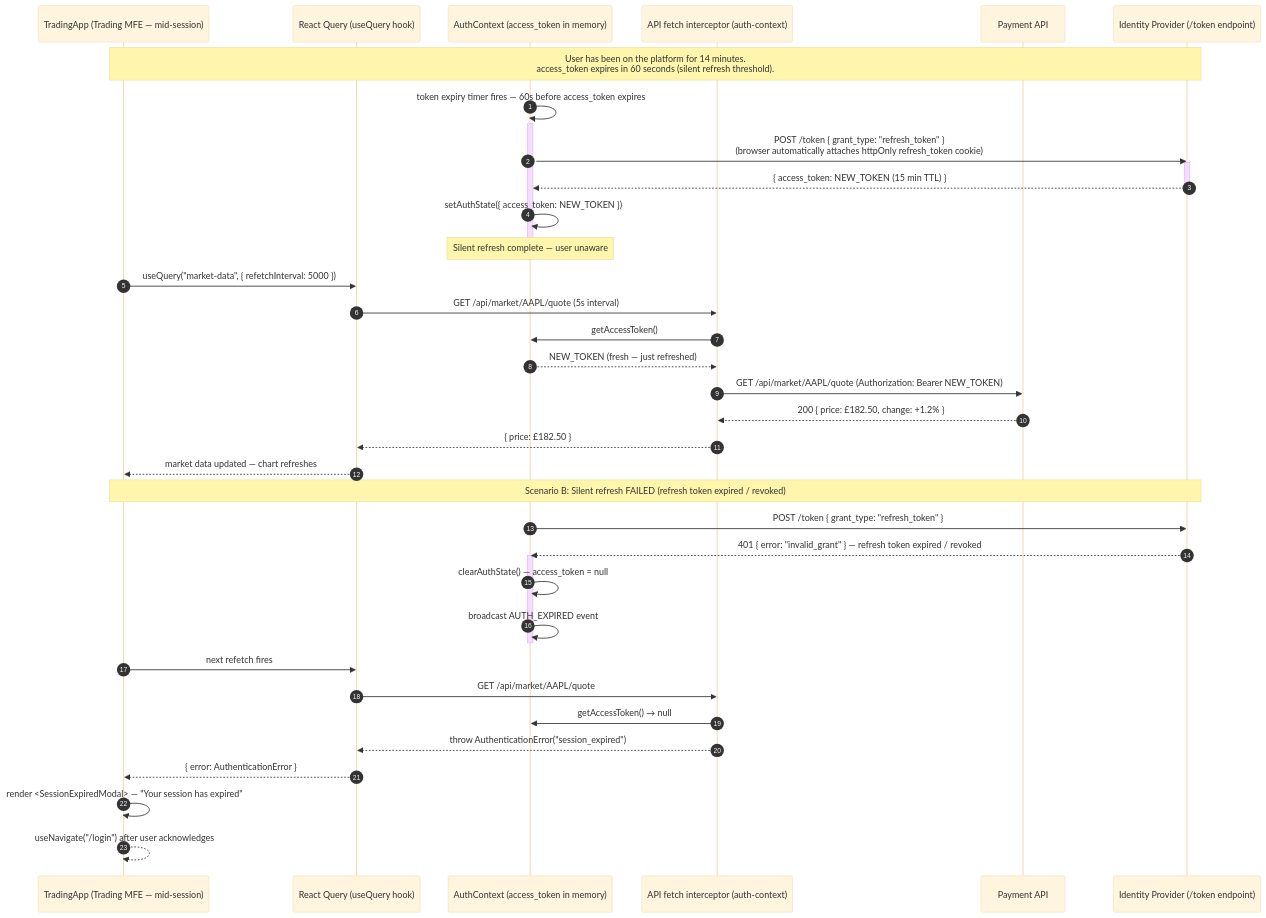
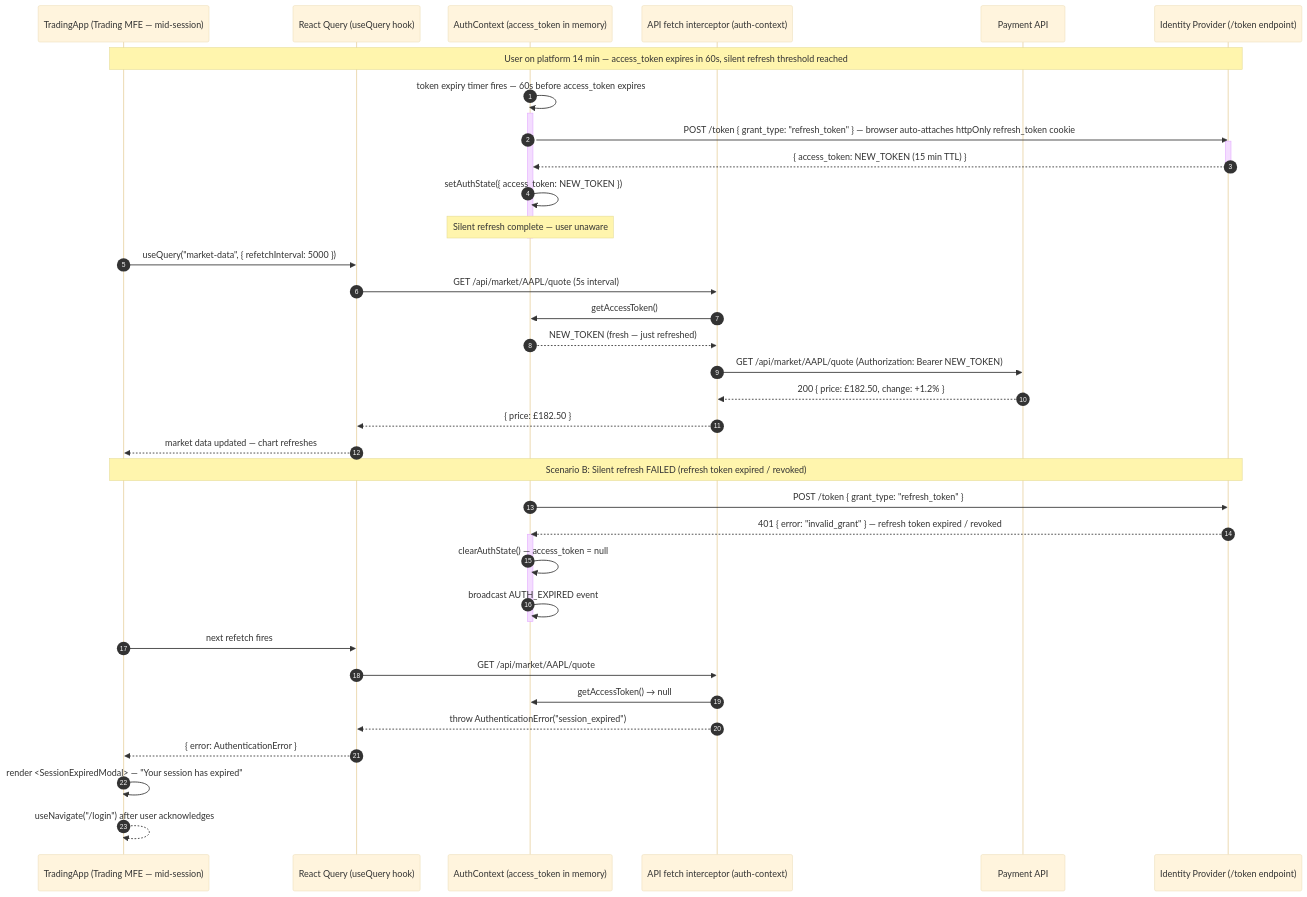
Before and after one commit to calvinlee999/Micro-Frontend-Architecture-and-UI-Component-Libraries-with-React: the ninth of 18 diagrams in SEQUENCE_DIAGRAMS.md, drawn with Mermaid (base theme). The commit also changed other lines of this file, not shown here.

First line of the commit message:
fix: resolve all Mermaid parse errors in SEQUENCE_DIAGRAMS.md

````diff
--- a/SEQUENCE_DIAGRAMS.md
+++ b/SEQUENCE_DIAGRAMS.md
@@ -791,49 +791,49 @@
 ```mermaid
 sequenceDiagram
     autonumber
     participant TradingApp as TradingApp (Trading MFE — mid-session)
     participant ReactQuery as React Query (useQuery hook)
     participant AuthCtx as AuthContext (access_token in memory)
     participant ApiInterceptor as API fetch interceptor (auth-context)
     participant PaymentAPI as Payment API
     participant IdP as Identity Provider (/token endpoint)
 
-    Note over TradingApp,IdP: User has been on the platform for 14 minutes.<br/>access_token expires in 60 seconds (silent refresh threshold).
+    Note over TradingApp,IdP: User on platform 14 min — access_token expires in 60s, silent refresh threshold reached
 
     AuthCtx->>AuthCtx: token expiry timer fires — 60s before access_token expires
     activate AuthCtx
-    AuthCtx->>IdP: POST /token { grant_type: "refresh_token" }<br/>(browser automatically attaches httpOnly refresh_token cookie)
+    AuthCtx->>IdP: POST /token { grant_type: "refresh_token" } — browser auto-attaches httpOnly refresh_token cookie
     activate IdP
     IdP-->>AuthCtx: { access_token: NEW_TOKEN (15 min TTL) }
     deactivate IdP
     AuthCtx->>AuthCtx: setAuthState({ access_token: NEW_TOKEN })
     Note over AuthCtx: Silent refresh complete — user unaware
     deactivate AuthCtx
 
     TradingApp->>ReactQuery: useQuery("market-data", { refetchInterval: 5000 })
     ReactQuery->>ApiInterceptor: GET /api/market/AAPL/quote (5s interval)
 
     ApiInterceptor->>AuthCtx: getAccessToken()
     AuthCtx-->>ApiInterceptor: NEW_TOKEN (fresh — just refreshed)
     ApiInterceptor->>PaymentAPI: GET /api/market/AAPL/quote (Authorization: Bearer NEW_TOKEN)
     PaymentAPI-->>ApiInterceptor: 200 { price: £182.50, change: +1.2% }
     ApiInterceptor-->>ReactQuery: { price: £182.50 }
     ReactQuery-->>TradingApp: market data updated — chart refreshes
 
     Note over TradingApp,IdP: Scenario B: Silent refresh FAILED (refresh token expired / revoked)
 
     AuthCtx->>IdP: POST /token { grant_type: "refresh_token" }
     IdP-->>AuthCtx: 401 { error: "invalid_grant" } — refresh token expired / revoked
     activate AuthCtx
     AuthCtx->>AuthCtx: clearAuthState() — access_token = null
     AuthCtx->>AuthCtx: broadcast AUTH_EXPIRED event
     deactivate AuthCtx
 
     TradingApp->>ReactQuery: next refetch fires
     ReactQuery->>ApiInterceptor: GET /api/market/AAPL/quote
     ApiInterceptor->>AuthCtx: getAccessToken() → null
     ApiInterceptor-->>ReactQuery: throw AuthenticationError("session_expired")
     ReactQuery-->>TradingApp: { error: AuthenticationError }
     TradingApp->>TradingApp: render <SessionExpiredModal> — "Your session has expired"
     TradingApp-->>TradingApp: useNavigate("/login") after user acknowledges
 ```
````
